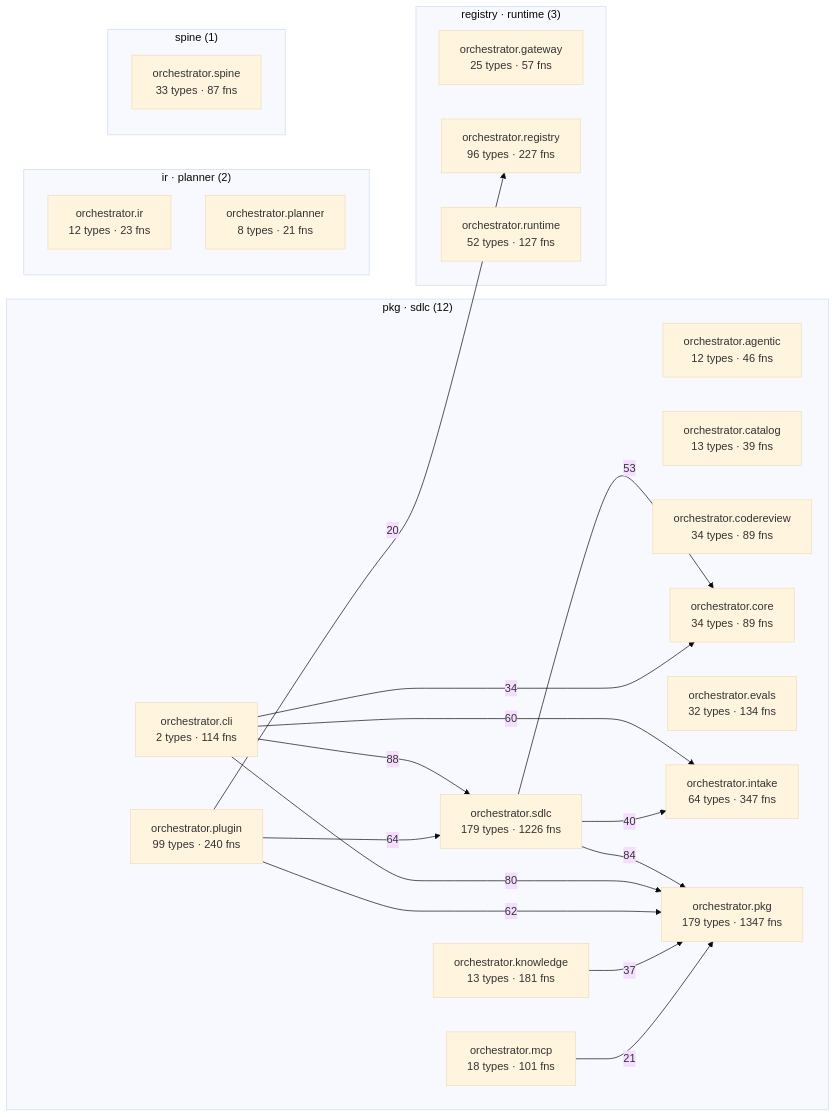
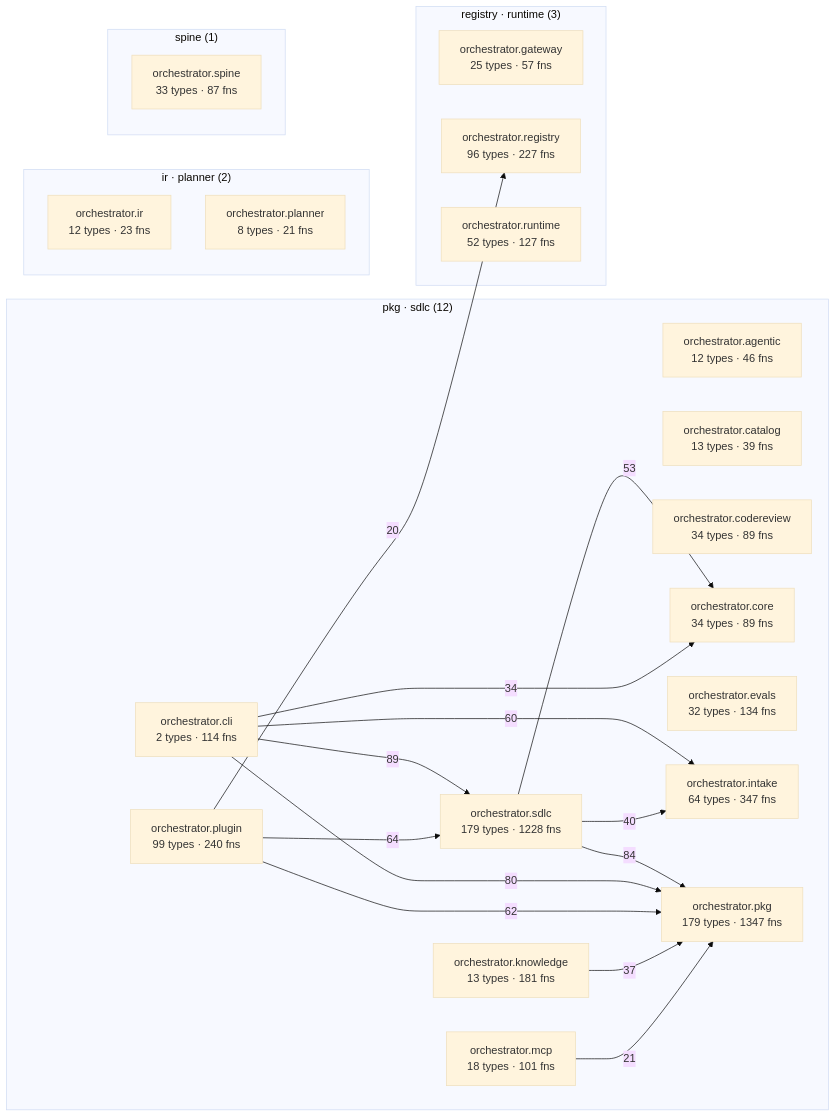
One commit to synaptixs/spine changed the diagram in episteme/architecture.md. Above: the diagram before and after it, drawn with Mermaid (base theme). The commit also changed other lines of this file and 17 other files, not shown here.

````diff
--- a/episteme/architecture.md
+++ b/episteme/architecture.md
@@ -56,41 +56,41 @@
 ```mermaid
 flowchart LR
   subgraph c_2["pkg · sdlc (12)"]
     aorchestratoragentic["orchestrator.agentic<br/>12 types · 46 fns"]
     aorchestratorcatalog["orchestrator.catalog<br/>13 types · 39 fns"]
     aorchestratorcli["orchestrator.cli<br/>2 types · 114 fns"]
     aorchestratorcodereview["orchestrator.codereview<br/>34 types · 89 fns"]
     aorchestratorcore["orchestrator.core<br/>34 types · 89 fns"]
     aorchestratorevals["orchestrator.evals<br/>32 types · 134 fns"]
     aorchestratorintake["orchestrator.intake<br/>64 types · 347 fns"]
     aorchestratorknowledge["orchestrator.knowledge<br/>13 types · 181 fns"]
     aorchestratormcp["orchestrator.mcp<br/>18 types · 101 fns"]
     aorchestratorpkg["orchestrator.pkg<br/>179 types · 1347 fns"]
     aorchestratorplugin["orchestrator.plugin<br/>99 types · 240 fns"]
-    aorchestratorsdlc["orchestrator.sdlc<br/>179 types · 1226 fns"]
+    aorchestratorsdlc["orchestrator.sdlc<br/>179 types · 1228 fns"]
   end
   subgraph c_5["registry · runtime (3)"]
     aorchestratorgateway["orchestrator.gateway<br/>25 types · 57 fns"]
     aorchestratorregistry["orchestrator.registry<br/>96 types · 227 fns"]
     aorchestratorruntime["orchestrator.runtime<br/>52 types · 127 fns"]
   end
   subgraph c_7["ir · planner (2)"]
     aorchestratorir["orchestrator.ir<br/>12 types · 23 fns"]
     aorchestratorplanner["orchestrator.planner<br/>8 types · 21 fns"]
   end
   subgraph c_12["spine (1)"]
     aorchestratorspine["orchestrator.spine<br/>33 types · 87 fns"]
   end
-  aorchestratorcli -->|88| aorchestratorsdlc
+  aorchestratorcli -->|89| aorchestratorsdlc
   aorchestratorsdlc -->|84| aorchestratorpkg
   aorchestratorcli -->|80| aorchestratorpkg
   aorchestratorplugin -->|64| aorchestratorsdlc
   aorchestratorplugin -->|62| aorchestratorpkg
   aorchestratorcli -->|60| aorchestratorintake
   aorchestratorsdlc -->|53| aorchestratorcore
   aorchestratorsdlc -->|40| aorchestratorintake
   aorchestratorknowledge -->|37| aorchestratorpkg
   aorchestratorcli -->|34| aorchestratorcore
   aorchestratormcp -->|21| aorchestratorpkg
   aorchestratorplugin -->|20| aorchestratorregistry
 ```
````
